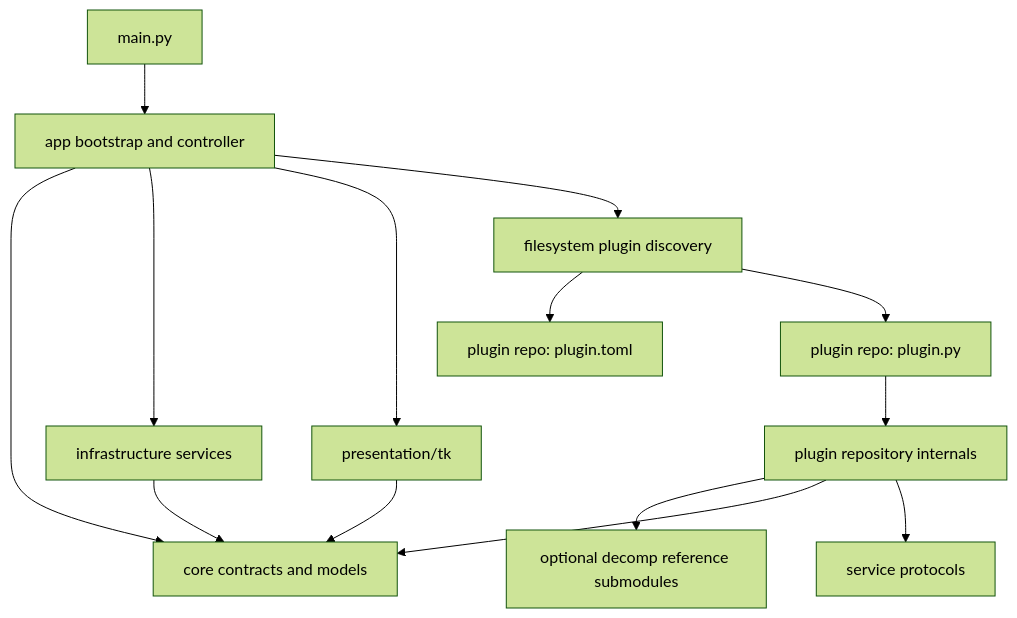
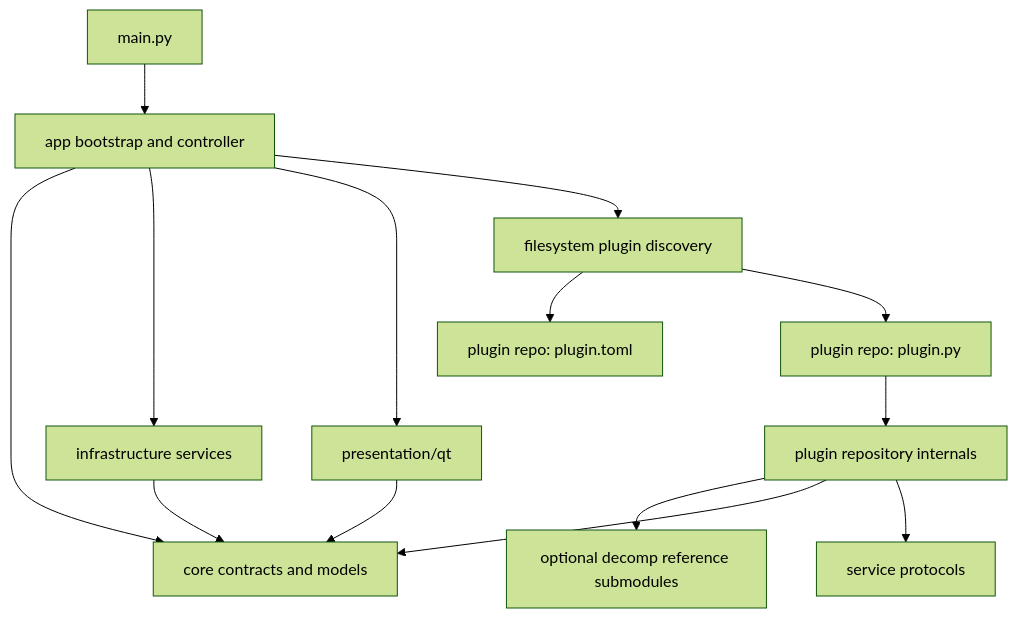
The diagram in ARCHITECTURE_PLAN.md (JEschete/RetroArchOverlay), drawn with Mermaid (forest theme) before and after one commit. The commit also changed other lines of this file and 48 other files, not shown here.

````diff
--- a/ARCHITECTURE_PLAN.md
+++ b/ARCHITECTURE_PLAN.md
@@ -53,16 +53,16 @@
 ```mermaid
 flowchart TD
     Main[main.py] --> App[app bootstrap and controller]
     App --> Core[core contracts and models]
     App --> Infra[infrastructure services]
-    App --> UI[presentation/tk]
+    App --> UI[presentation/qt]
     App --> Discovery[filesystem plugin discovery]
     Discovery --> Manifest[plugin repo: plugin.toml]
     Discovery --> Plugin[plugin repo: plugin.py]
     Plugin --> Game[plugin repository internals]
     Game --> Decomp[optional decomp reference submodules]
     Game --> Core
     Game --> ServiceContracts[service protocols]
     Infra --> Core
     UI --> Core
 ```
````
